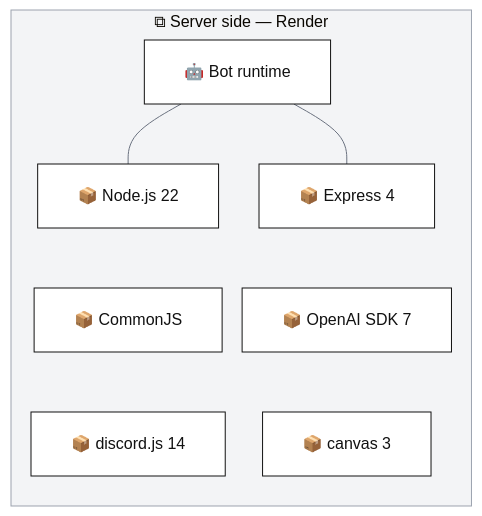
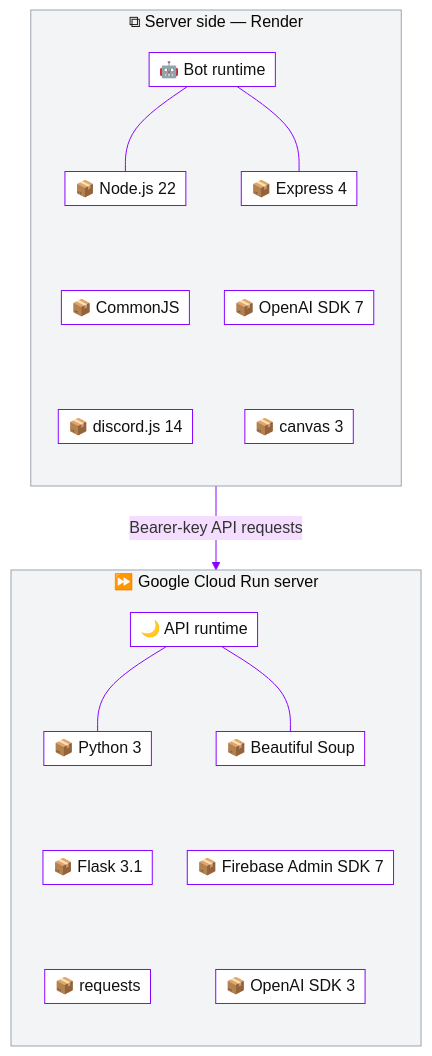
The second of 2 diagrams in docs/architecture/tech-stack.md (T00few2/dzr), drawn with Mermaid before and after one commit. The commit also changed other lines of this file and 40 other files, not shown here.

````diff
--- a/docs/architecture/tech-stack.md
+++ b/docs/architecture/tech-stack.md
@@ -108,33 +87,53 @@
 ```mermaid
 ---
 config:
   theme: base
   flowchart:
-    padding: 20
-    nodeSpacing: 20
-    rankSpacing: 35
+    padding: 5
+    nodeSpacing: 35
+    rankSpacing: 60
   themeCSS: |
+    .edgeLabel, .edgeLabel p { font-size: 12px !important; }
     :is(&) { background: #ffffff; }
 ---
 flowchart TB
     subgraph render["⧉ Server side — Render"]
         direction TB
         bot["🤖 Bot runtime"]
         renderTech0["📦 Node.js 22"]
         renderTech1["📦 CommonJS"]
         renderTech2["📦 discord.js 14"]
         renderTech3["📦 Express 4"]
         renderTech4["📦 OpenAI SDK 7"]
         renderTech5["📦 canvas 3"]
         %% Invisible links arrange columns; these are not dependencies.
         bot --- renderTech0
         renderTech0 ~~~ renderTech1
         renderTech1 ~~~ renderTech2
         bot --- renderTech3
         renderTech3 ~~~ renderTech4
         renderTech4 ~~~ renderTech5
     end
-    classDef default fill:#ffffff,stroke:#111111,color:#111111
-    linkStyle default stroke:#6B7280
+    subgraph cloud["⏩ Google Cloud Run server"]
+        direction TB
+        api["🌙 API runtime"]
+        cloudTech0["📦 Python 3"]
+        cloudTech1["📦 Flask 3.1"]
+        cloudTech2["📦 requests"]
+        cloudTech3["📦 Beautiful Soup"]
+        cloudTech4["📦 Firebase Admin SDK 7"]
+        cloudTech5["📦 OpenAI SDK 3"]
+        %% Invisible links arrange columns; these are not dependencies.
+        api --- cloudTech0
+        cloudTech0 ~~~ cloudTech1
+        cloudTech1 ~~~ cloudTech2
+        api --- cloudTech3
+        cloudTech3 ~~~ cloudTech4
+        cloudTech4 ~~~ cloudTech5
+    end
+    render -->|Bearer-key API requests| cloud
+    classDef default fill:#ffffff,stroke:#8A05FF,color:#111111
+    linkStyle default stroke:#8A05FF
     style render fill:#f3f4f6,stroke:#9ca3af
+    style cloud fill:#f3f4f6,stroke:#9ca3af
 ```
````
